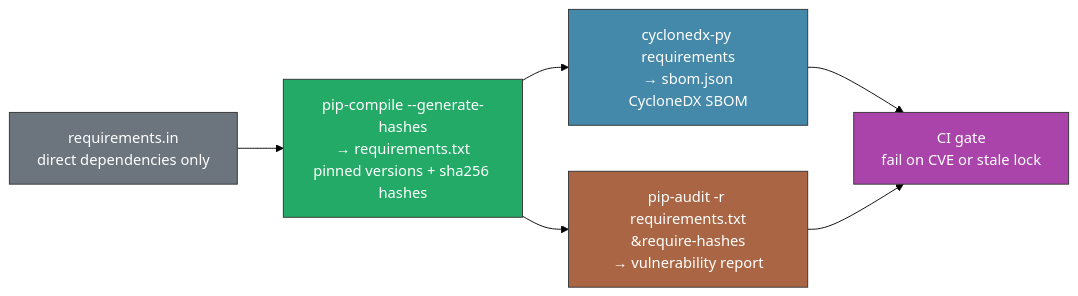
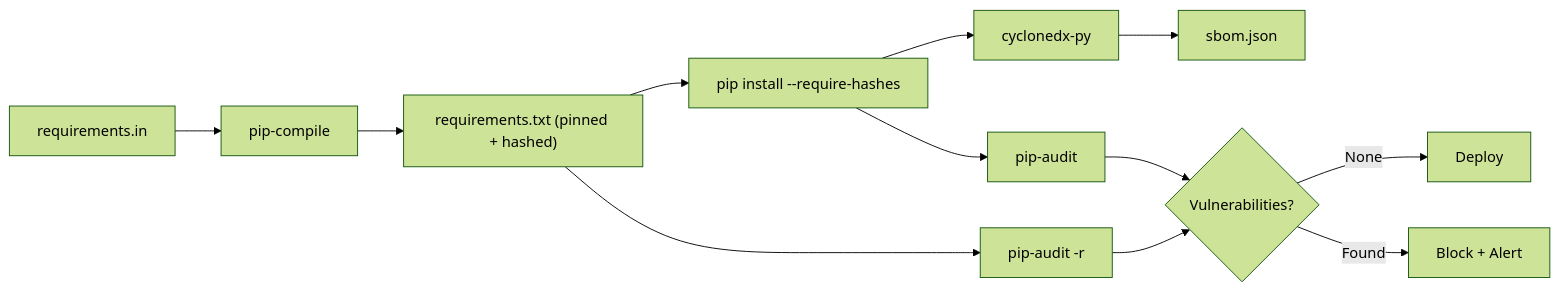
One commit to bumbsclaw/textbooks changed the sixth of 10 diagrams in vol-16-python-cpython-internals/ch12-packaging-deployment.md. Above: the diagram before and after it, drawn with Mermaid (forest theme). The commit also changed other lines of this file and 9 other files, not shown here.

First line of the commit message:
fix(pdf, mermaid): syntax-highlighted code blocks + diagram label fixes

````diff
--- a/vol-16-python-cpython-internals/ch12-packaging-deployment.md
+++ b/vol-16-python-cpython-internals/ch12-packaging-deployment.md
@@ -776,20 +731,14 @@
 ```mermaid
 flowchart LR
-    REQ["requirements.in<br/>direct dependencies only"]
-    LOCK["pip-compile --generate-hashes<br/>&rarr; requirements.txt<br/>pinned versions + sha256 hashes"]
-    SBOM_GEN["cyclonedx-py requirements<br/>&rarr; sbom.json<br/>CycloneDX SBOM"]
-    VULN["pip-audit -r requirements.txt<br/>&require-hashes<br/>&rarr; vulnerability report"]
-    CI["CI gate<br/>fail on CVE or stale lock"]
-
-    REQ --> LOCK
-    LOCK --> SBOM_GEN
-    LOCK --> VULN
-    SBOM_GEN --> CI
-    VULN --> CI
-
-    style REQ fill:#6c757d,stroke:#333,color:#fff
-    style LOCK fill:#2a6,stroke:#333,color:#fff
-    style SBOM_GEN fill:#48a,stroke:#333,color:#fff
-    style VULN fill:#a64,stroke:#333,color:#fff
-    style CI fill:#a4a,stroke:#333,color:#fff
+    A["requirements.in"] --> B["pip-compile"]
+    B --> C["requirements.txt (pinned + hashed)"]
+    C --> D["pip install --require-hashes"]
+    D --> E["pip-audit"]
+    C --> F["pip-audit -r"]
+    D --> G["cyclonedx-py"]
+    G --> H["sbom.json"]
+    E --> I{"Vulnerabilities?"}
+    F --> I
+    I -->|"None"| J["Deploy"]
+    I -->|"Found"| K["Block + Alert"]
 ```
````
